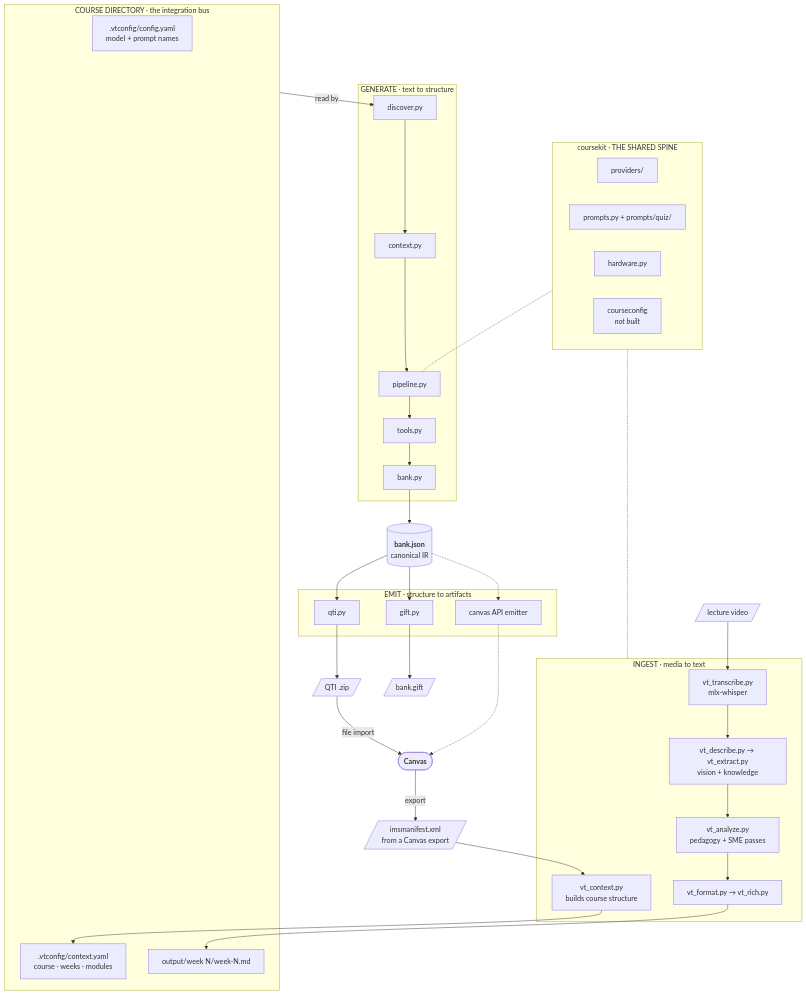
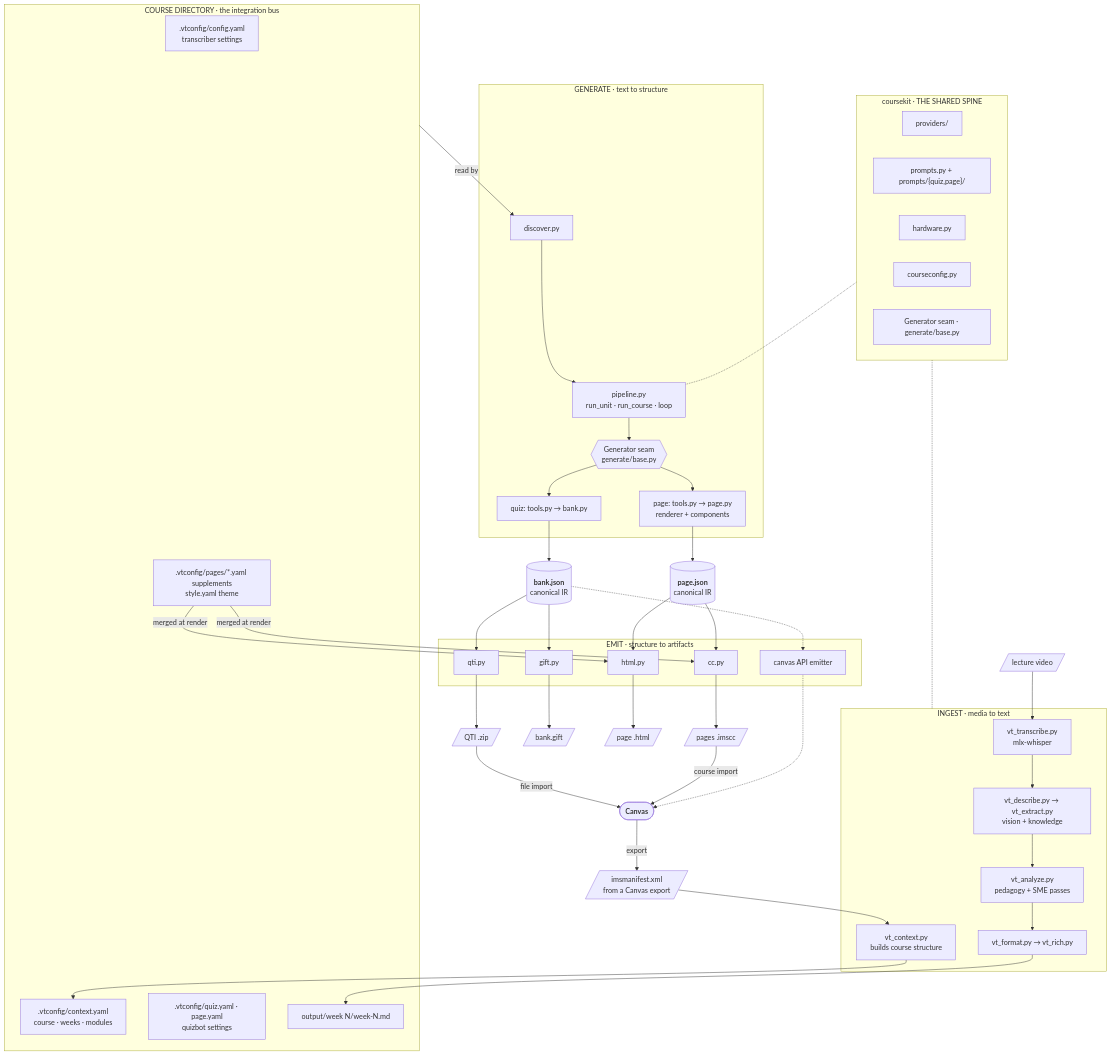
The first of 2 diagrams in agent/architecture.md (andrew-atkinson/quizbot), drawn with Mermaid before and after one commit. The commit also changed other lines of this file, not shown here.

Commit message:
fix: update architecture documentation

````diff
--- a/agent/architecture.md
+++ b/agent/architecture.md
@@ -13,58 +13,75 @@
 ```mermaid
 flowchart TB
     MEDIA[/"lecture video"/]
     MANIFEST[/"imsmanifest.xml<br/>from a Canvas export"/]
 
     subgraph ING [" INGEST · media to text "]
         VTC["vt_context.py<br/>builds course structure"]
         VTT["vt_transcribe.py<br/>mlx-whisper"]
         VTD["vt_describe.py → vt_extract.py<br/>vision + knowledge"]
         VTA["vt_analyze.py<br/>pedagogy + SME passes"]
         VTF["vt_format.py → vt_rich.py"]
         VTT --> VTD --> VTA --> VTF
     end
 
     subgraph CD [" COURSE DIRECTORY · the integration bus "]
-        CFG[".vtconfig/config.yaml<br/>model + prompt names"]
+        CFG[".vtconfig/config.yaml<br/>transcriber settings"]
         CTX[".vtconfig/context.yaml<br/>course · weeks · modules"]
+        QY[".vtconfig/quiz.yaml · page.yaml<br/>quizbot settings"]
+        SUPP[".vtconfig/pages/*.yaml supplements<br/>style.yaml theme"]
         TRANS["output/week N/week-N.md"]
     end
 
     subgraph QB [" GENERATE · text to structure "]
-        DISC["discover.py"] --> CONX["context.py"] --> PIPE["pipeline.py"] --> TOOLS["tools.py"] --> BANK["bank.py"]
+        DISC["discover.py"] --> PIPE["pipeline.py<br/>run_unit · run_course · loop"]
+        PIPE --> SEAM{{"Generator seam<br/>generate/base.py"}}
+        SEAM --> QG["quiz: tools.py → bank.py"]
+        SEAM --> PGN["page: tools.py → page.py<br/>renderer + components"]
     end
 
-    IR[("<b>bank.json</b><br/>canonical IR")]
+    IRB[("<b>bank.json</b><br/>canonical IR")]
+    IRP[("<b>page.json</b><br/>canonical IR")]
 
     subgraph EM [" EMIT · structure to artifacts "]
         GIFT["gift.py"]
         QTI["qti.py"]
+        HTML["html.py"]
+        CC["cc.py"]
         APIE["canvas API emitter"]
     end
 
     ZIP[/"QTI .zip"/]
     GF[/"bank.gift"/]
+    PHTML[/"page .html"/]
+    IMSCC[/"pages .imscc"/]
     CANVAS(["<b>Canvas</b>"])
 
     subgraph SPINE [" coursekit · THE SHARED SPINE "]
         PROV["providers/"]
-        PROM["prompts.py + prompts/quiz/"]
+        PROM["prompts.py + prompts/{quiz,page}/"]
         HW["hardware.py"]
-        CCFG["courseconfig<br/><i>not built</i>"]
+        CCFG["courseconfig.py"]
+        BASE["Generator seam · generate/base.py"]
     end
 
     MEDIA --> VTT
     CANVAS -- "export" --> MANIFEST --> VTC
     VTC --> CTX
     VTF --> TRANS
     CD -- "read by" --> DISC
-    BANK --> IR
-    IR --> GIFT & QTI
-    IR -.-> APIE
+    QG --> IRB
+    PGN --> IRP
+    IRB --> GIFT & QTI
+    IRB -.-> APIE
+    IRP --> HTML & CC
+    SUPP -- "merged at render" --> HTML & CC
     GIFT --> GF
     QTI --> ZIP
+    HTML --> PHTML
+    CC --> IMSCC
     ZIP -- "file import" --> CANVAS
+    IMSCC -- "course import" --> CANVAS
     APIE -.-> CANVAS
     SPINE -.- PIPE
     SPINE -.- ING
 ```
````
